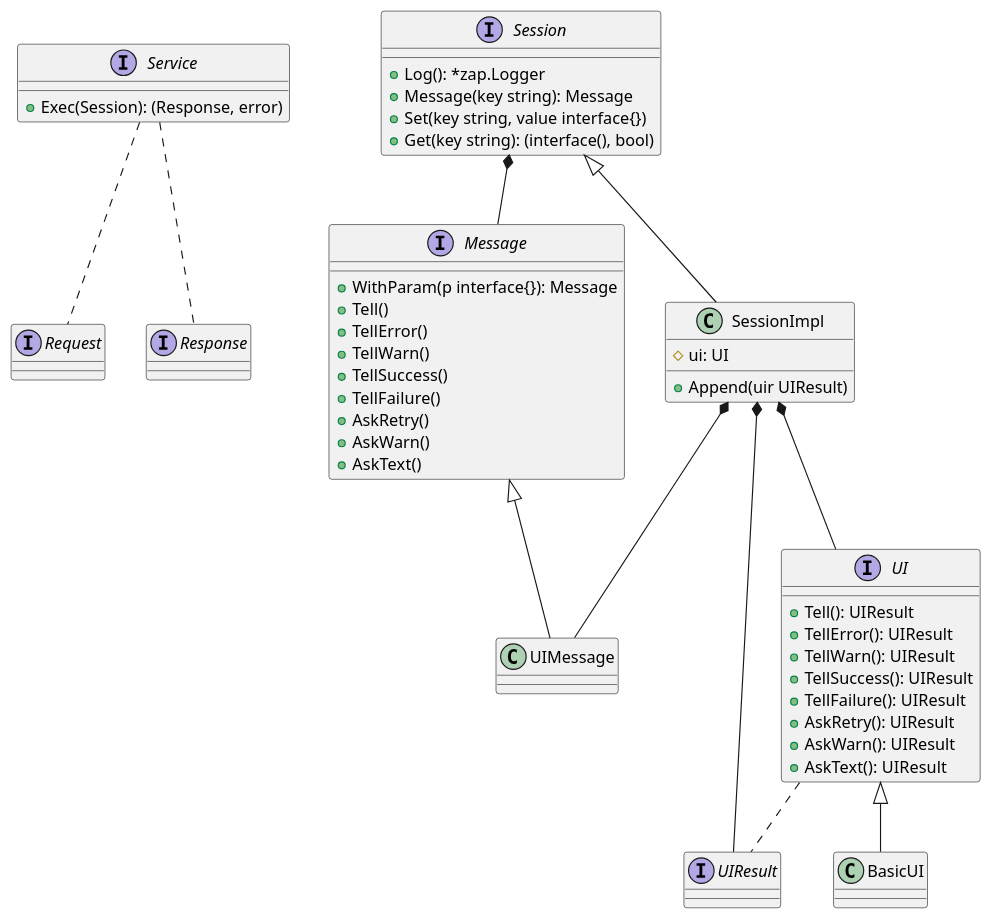
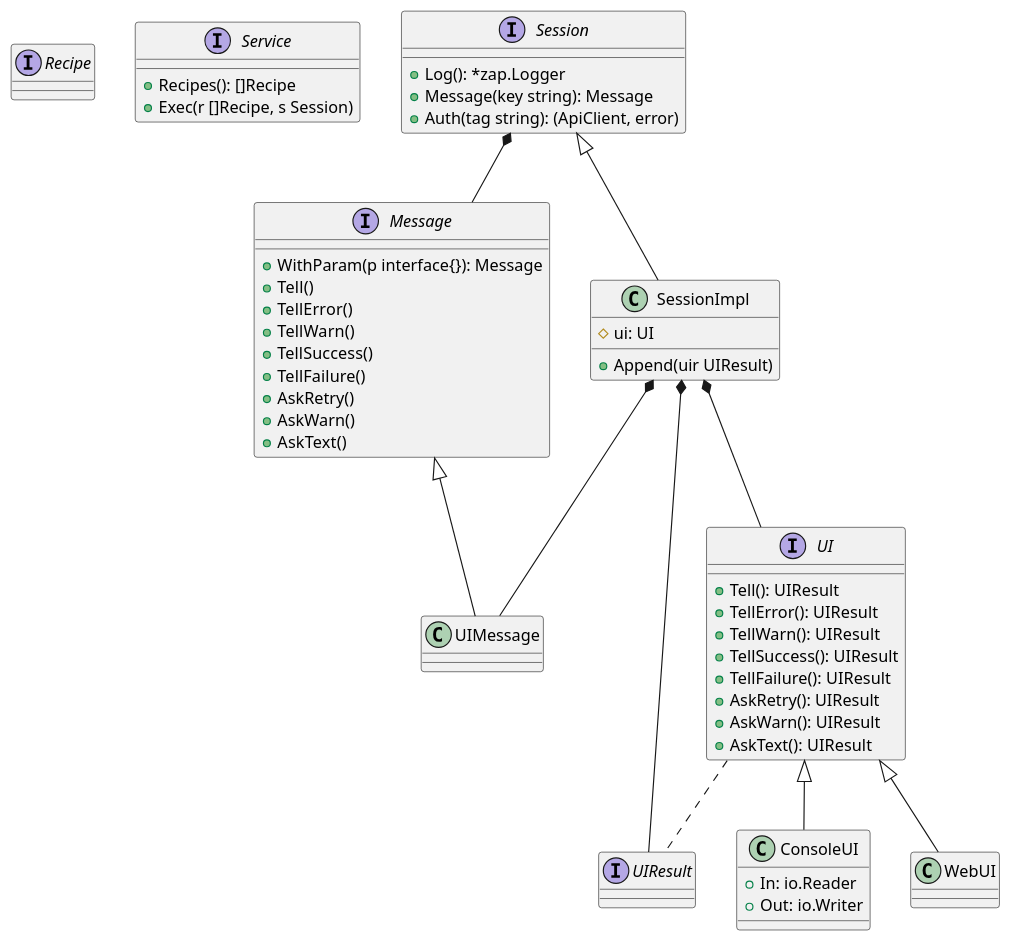
The diagram in poc/pipe/pipe.puml (watermint/toolbox), drawn with PlantUML before and after one commit. The commit also changed 1 other file, not shown here.

```diff
--- a/poc/pipe/pipe.puml
+++ b/poc/pipe/pipe.puml
@@ -1,74 +1,63 @@
 @startuml
 
+interface Recipe
+
 interface Service {
-  +Exec(Session): (Response, error)
+  +Recipes(): []Recipe
+  +Exec(r []Recipe, s Session)
 }
-
-interface Request
-interface Response
-
-Service .. Request
-Service .. Response
 
 interface Session {
   +Log(): *zap.Logger
   +Message(key string): Message
-  +Set(key string, value interface{})
-  +Get(key string): (interface(), bool)
+  +Auth(tag string): (ApiClient, error)
 }
 
 Session *-- Message
 interface Message {
   +WithParam(p interface{}): Message
   +Tell()
   +TellError()
   +TellWarn()
   +TellSuccess()
   +TellFailure()
   +AskRetry()
   +AskWarn()
   +AskText()
 }
 
 
 Session <|-- SessionImpl
 Message <|-- UIMessage
 SessionImpl *-- UIMessage
 SessionImpl *-- UIResult
 SessionImpl *-- UI
 class SessionImpl {
   #ui: UI
   +Append(uir UIResult)
 }
 
 interface UIResult
 interface UI {
   +Tell(): UIResult
   +TellError(): UIResult
   +TellWarn(): UIResult
   +TellSuccess(): UIResult
   +TellFailure(): UIResult
   +AskRetry(): UIResult
   +AskWarn(): UIResult
   +AskText(): UIResult
 }
 UI .. UIResult
 
-UI <|-- BasicUI
-class BasicUI
+UI <|-- ConsoleUI
+class ConsoleUI {
+  +In: io.Reader
+  +Out: io.Writer
+}
 
-/'
-Service <|-- MemberInvite
-Request <|-- MemberInviteRequest
-Response <|-- MemberInviteResponse
-MemberInvite .. MemberInviteRequest
-MemberInvite .. MemberInviteResponse
-
-Service <|-- MemberList
-Request <|-- MemberListRequest
-Response <|-- MemberListResponse
-MemberList .. MemberListRequest
-MemberList .. MemberListResponse
-'/
+UI <|-- WebUI
+class WebUI {
+}
 
 @enduml
```
